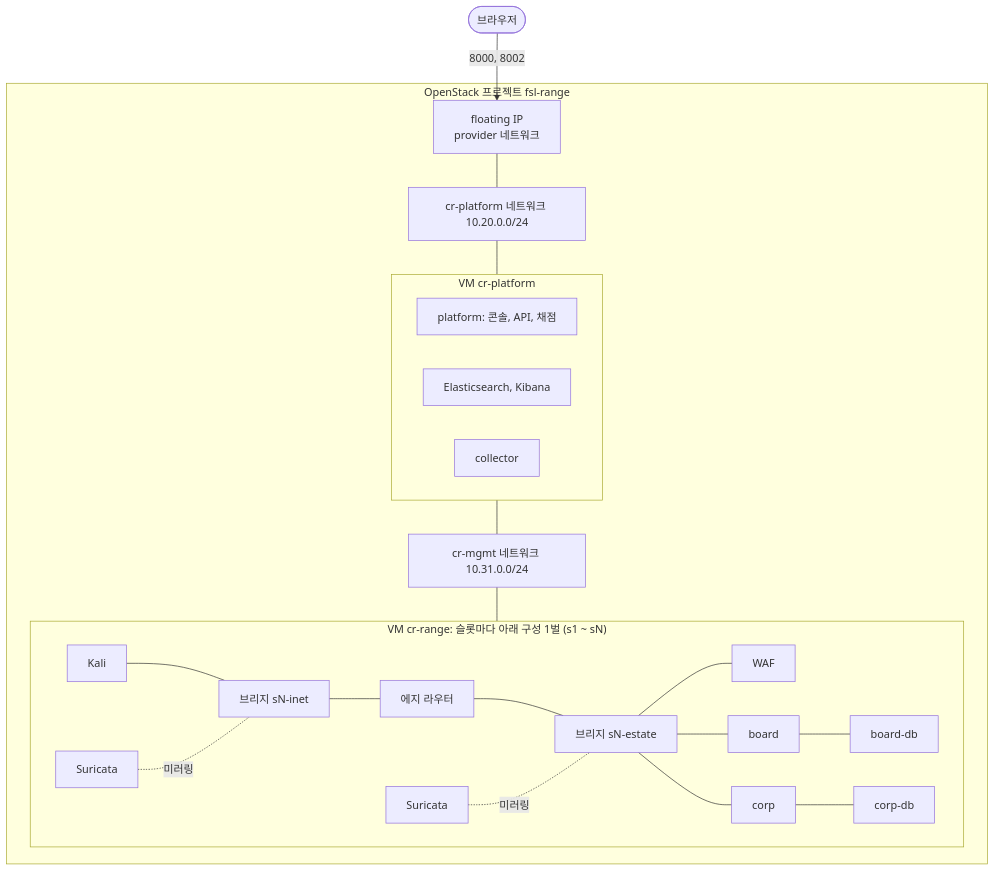
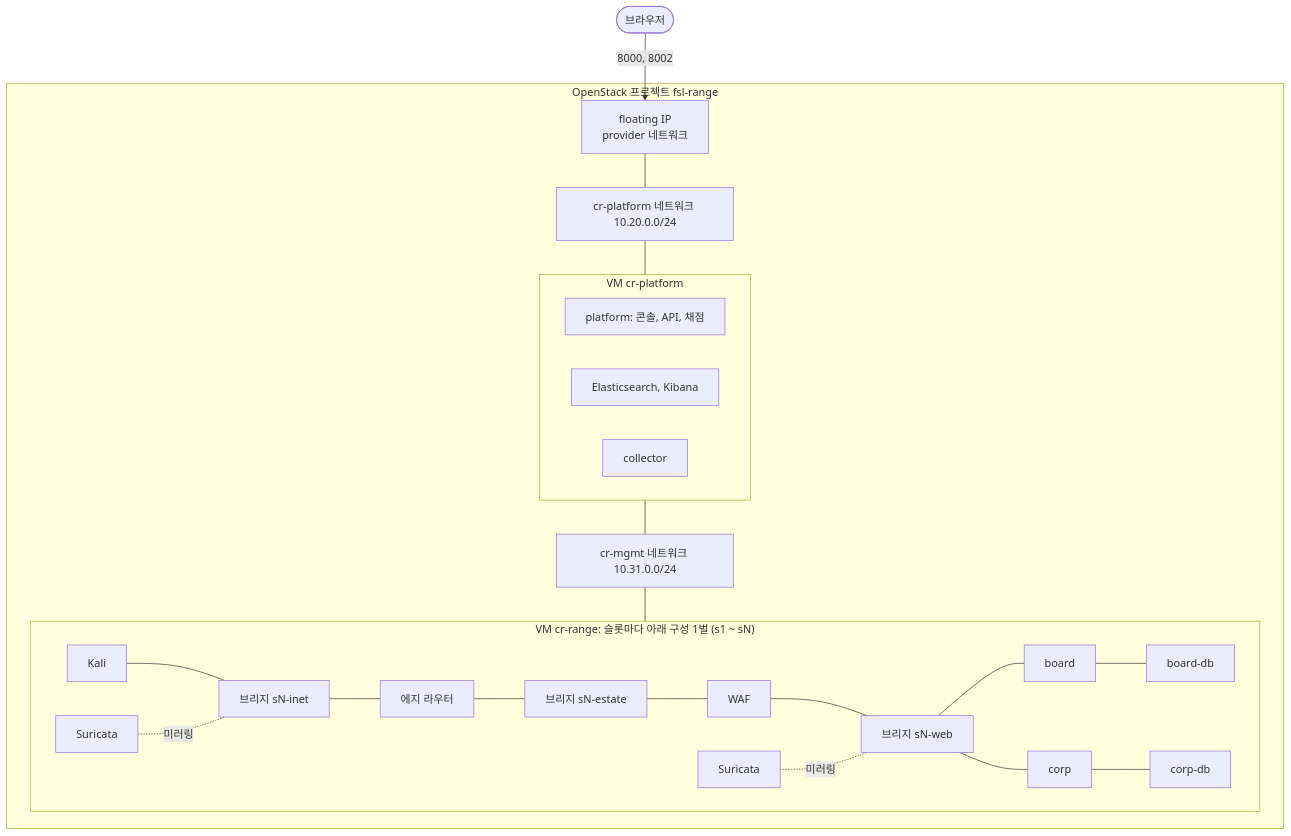
Before and after one commit to Nekonic/fsl-project-mvp: the diagram in README.md, drawn with Mermaid. The commit also changed other lines of this file, not shown here.

Commit message:
docs: README names the web network behind the WAF and eight slots

````diff
--- a/README.md
+++ b/README.md
@@ -31,27 +31,28 @@
 ```mermaid
 flowchart TB
   user(["브라우저"]) -->|"8000, 8002"| fip["floating IP<br/>provider 네트워크"]
   subgraph os["OpenStack 프로젝트 fsl-range"]
     fip --- pnet["cr-platform 네트워크 10.20.0.0/24"]
     pnet --- pvm
     subgraph pvm["VM cr-platform"]
       platform["platform: 콘솔, API, 채점"]
       elk["Elasticsearch, Kibana"]
       collector["collector"]
     end
     pvm --- mgmt["cr-mgmt 네트워크 10.31.0.0/24"]
     mgmt --- rvm
     subgraph rvm["VM cr-range: 슬롯마다 아래 구성 1벌 (s1 ~ sN)"]
       kali["Kali"] --- inet["브리지 sN-inet"]
       inet --- edge["에지 라우터"]
       edge --- estate["브리지 sN-estate"]
       estate --- waf["WAF"]
-      estate --- board["board"]
-      estate --- corp["corp"]
+      waf --- web["브리지 sN-web"]
+      web --- board["board"]
+      web --- corp["corp"]
       board --- boarddb["board-db"]
       corp --- corpdb["corp-db"]
       ids1["Suricata"] -. 미러링 .- inet
-      ids2["Suricata"] -. 미러링 .- estate
+      ids2["Suricata"] -. 미러링 .- web
     end
   end
 ```
````
